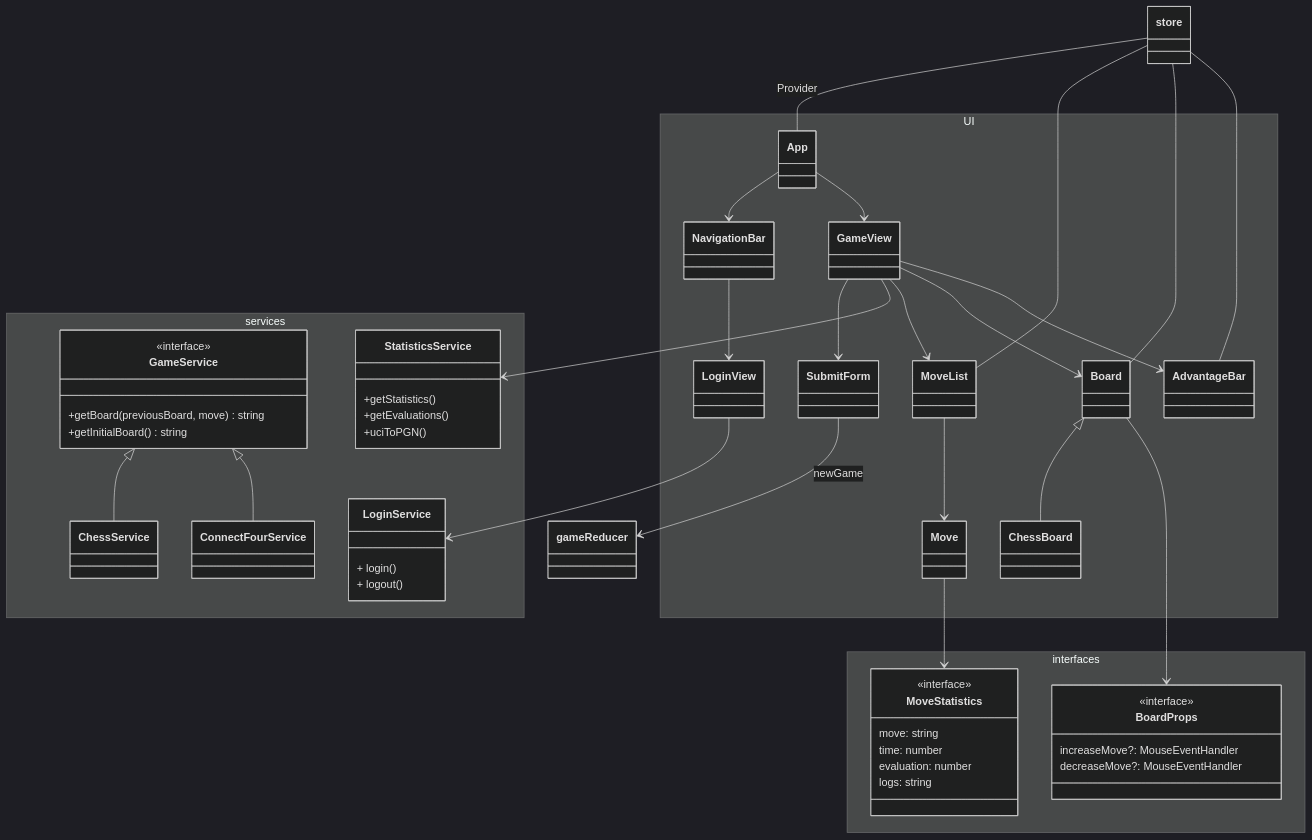
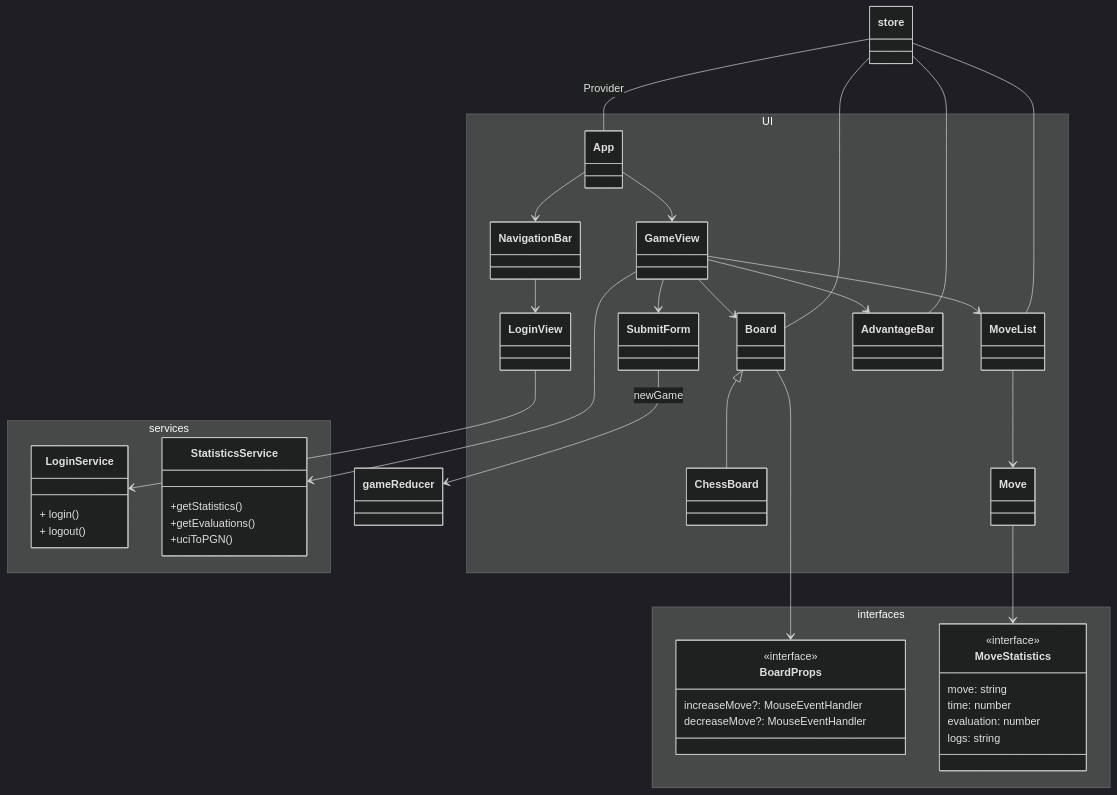
Before and after one commit to game-ai-platform-team/tira-ai-platform: the fourth of 5 diagrams in docs/architecture.md, drawn with Mermaid (dark theme).

Commit message:
docs(#115): Move GameService to Redux part

````diff
--- a/docs/architecture.md
+++ b/docs/architecture.md
@@ -186,81 +186,69 @@
 ```mermaid
 classDiagram
 store -- App: Provider
 
 App --> NavigationBar
 App --> GameView
 
 NavigationBar --> LoginView
 LoginView --> LoginService
-
-GameService <|-- ChessService
-GameService <|-- ConnectFourService
 
 GameView --> SubmitForm
 GameView --> StatisticsService
 GameView --> MoveList
 GameView --> Board
 GameView --> AdvantageBar
 
 Board <|-- ChessBoard
 Board --> BoardProps
 
 MoveList --> Move
 Move --> MoveStatistics
 
 SubmitForm --> gameReducer: newGame
 Board -- store
 MoveList -- store
 AdvantageBar -- store
 
 namespace interfaces {
     class MoveStatistics {
     <<interface>>
     move: string
     time: number
     evaluation: number
     logs: string
     }
 
     class BoardProps {
         <<interface>>
         increaseMove?: MouseEventHandler
         decreaseMove?: MouseEventHandler
     }
 }
 
 namespace services {
     class StatisticsService {
         +getStatistics()
         +getEvaluations()
         +uciToPGN()
     }
 
     class LoginService {
         + login()
         + logout()
     }
-
-    class GameService {
-        <<interface>>
-        +getBoard(previousBoard, move) string
-        +getInitialBoard() string
-    }
-
-    class ChessService
-    class ConnectFourService
 }
 
 namespace UI {
     class App
     class NavigationBar
     class GameView
     class SubmitForm
     class AdvantageBar
     class Board
     class ChessBoard
     class Move
     class MoveList
     class LoginView
 }
 ```
````
